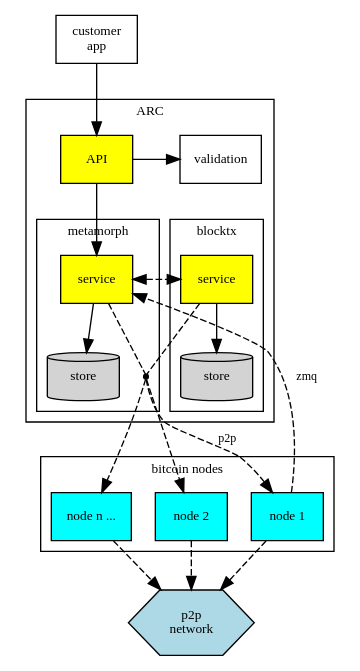
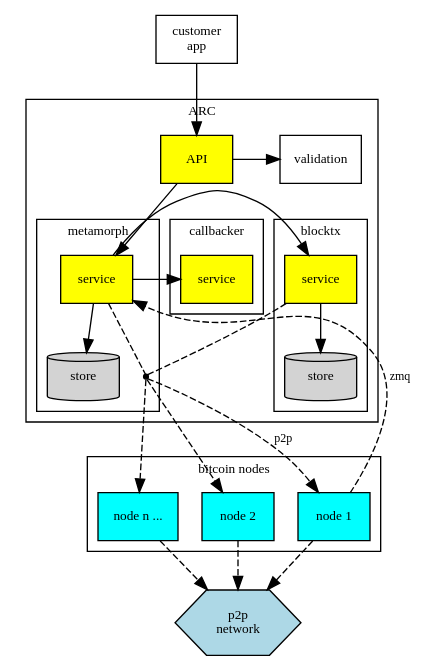
The diagram in doc/building_block_diagram.puml (bitcoin-sv/arc), drawn with PlantUML before and after one commit. The commit also changed other lines of this file and 4 other files, not shown here.

```diff
--- a/doc/building_block_diagram.puml
+++ b/doc/building_block_diagram.puml
@@ -2,66 +1,69 @@
 @startuml
 digraph arc {
   rankdir=TB;
   graph [fontsize=10 fontname="Verdana"];
   node [shape=record fontsize=10 fontname="Verdana"];
   edge [fontsize=9 fontname="Verdana"];
 
   customer_app [shape=rectangle, label="customer\n app"]
   customer_app -> api
 
   subgraph cluster_arc {
 		label = "ARC";
 		color=black;
 
     api [shape=rectangle, label="API", style=filled, fillcolor=yellow]
-    api -> metamorph
+    validation [shape=rectangle, label="validation"]
+    empty [width=0 height=0 label="" margin="0.5,0" color="white"]  // to adjust nodes to the left
+    
+    api -> {validation metamorph }
 
-    validation [shape=rectangle, label="validation"]
-    api -> validation
+    { rank=same; api; validation; empty; }
+    { rank=same; metamorph; blocktx; callbacker; }
 
-    { rank=same; api; validation; }
-    { rank=same; metamorph; blocktx; }
-
-
-    metamorph -> blocktx [style="dashed", dir="both"]
+    metamorph -> {blocktx [style="dashed", dir="both"] callbacker}  
 
     subgraph cluster_mtm {
       label = "metamorph";
       metamorph [shape=rectangle, label="service", style=filled, fillcolor=yellow]
       metamorph_store [shape=cylinder, label="store", style=filled]
       metamorph -> metamorph_store
       metamorph -> node_connection [style="dashed", arrowhead=none]
     }
 
-
     subgraph cluster_blocktx {
       label = "blocktx";
       blocktx_store [shape=cylinder, label="store", style=filled]
       blocktx [shape=rectangle, label="service", style=filled, fillcolor=yellow]
       blocktx -> blocktx_store
       blocktx -> node_connection [style="dashed", arrowhead=none]
+    }
+
+    subgraph cluster_callbacker {
+      label = "callbacker";
+      callbacker [shape=rectangle, label="service", style=filled, fillcolor=yellow]
     }
 	}
 
   subgraph cluster_nodes {
     newrank=true;
     node_connection [ shape=point ];
     label = "bitcoin nodes"
 
     node_connection -> b_node_1 [style="dashed", label="p2p"]
     node_connection -> b_node_n [style="dashed"]
     node_connection -> b_node_2 [style="dashed"]
 
     b_node_1 -> metamorph [style="dashed", label="zmq"]
     b_node_1 [shape=rectangle, label="node 1", style=filled, fillcolor=cyan]
     b_node_2 [shape=rectangle, label="node 2", style=filled, fillcolor=cyan]
     b_node_n [shape=rectangle, label="node n ...", style=filled, fillcolor=cyan]
   }
 
   b_node_1 -> p2p_network [style="dashed"]
   b_node_2 -> p2p_network [style="dashed"]
   b_node_n -> p2p_network [style="dashed"]
 
   p2p_network [shape=hexagon, label="p2p\n network", style=filled, fillcolor=lightblue]
 }
 @enduml
```
